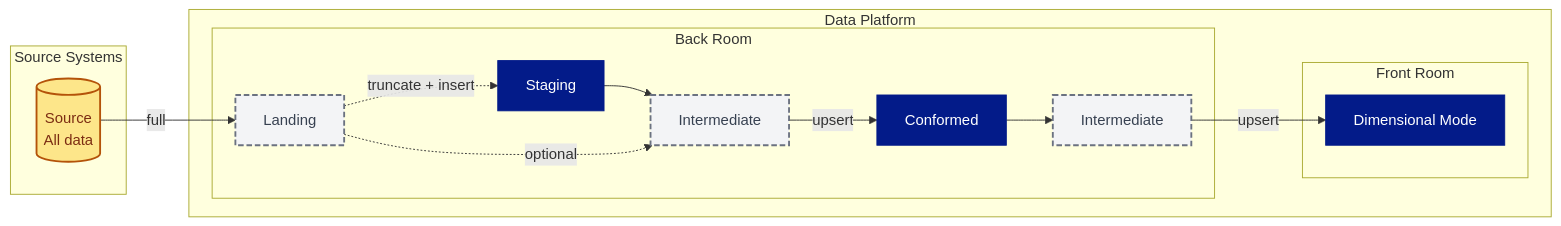
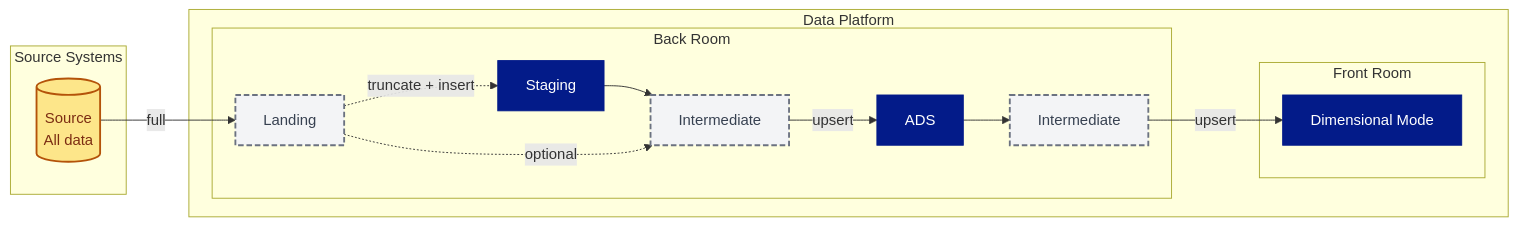
One commit to PlainsightPro/Vision-Playbook changed the first of 2 diagrams in Technical Guideline Ops/Architectural Principles/Data Sources & Data Loading.md. Above: the diagram before and after it, drawn with Mermaid. The commit also changed other lines of this file and 9 other files, not shown here.

Commit message:
Fix all references from 'Conformed' to 'ADS'

````diff
--- a/Technical Guideline Ops/Architectural Principles/Data Sources & Data Loading.md
+++ b/Technical Guideline Ops/Architectural Principles/Data Sources & Data Loading.md
@@ -32,42 +32,42 @@
 ```mermaid
 ---
 config:
   theme: forest
   layout: elk
 ---
 %%{init: { "flowchart": { "useMaxWidth": true } }}%%
 graph LR
   subgraph Source Systems
     S[(Source<br/>All data)]:::full
   end
 
   subgraph Data Platform
     subgraph Back Room
       L[Landing]:::delta
       B[Staging]:::all
       M1[Intermediate]:::delta
-      CONF[Conformed]:::all
+      CONF[ADS]:::all
       M2[Intermediate]:::delta
     end
     subgraph Front Room
       D[Dimensional Mode]:::all
     end
   end
 
 %% Flows
 S -->|full| L 
 L -.->|truncate + insert| B 
 B --> M1 
 L -.->|optional| M1
 M1 -->|upsert|CONF 
 CONF -->M2 
 M2 -->|upsert| D
 
 
 %% Styles
 classDef delta fill:#F3F4F6,stroke:#6B7280,stroke-width:2px,stroke-dasharray:6 3,color:#374151;
 classDef all fill:#031B89,stroke:#031B89,stroke-width:1px,color:#FFFFFF;
 classDef full fill:#FDE68A,stroke:#B45309,stroke-width:2px,color:#7C2D12;
 
 
 ```
````
